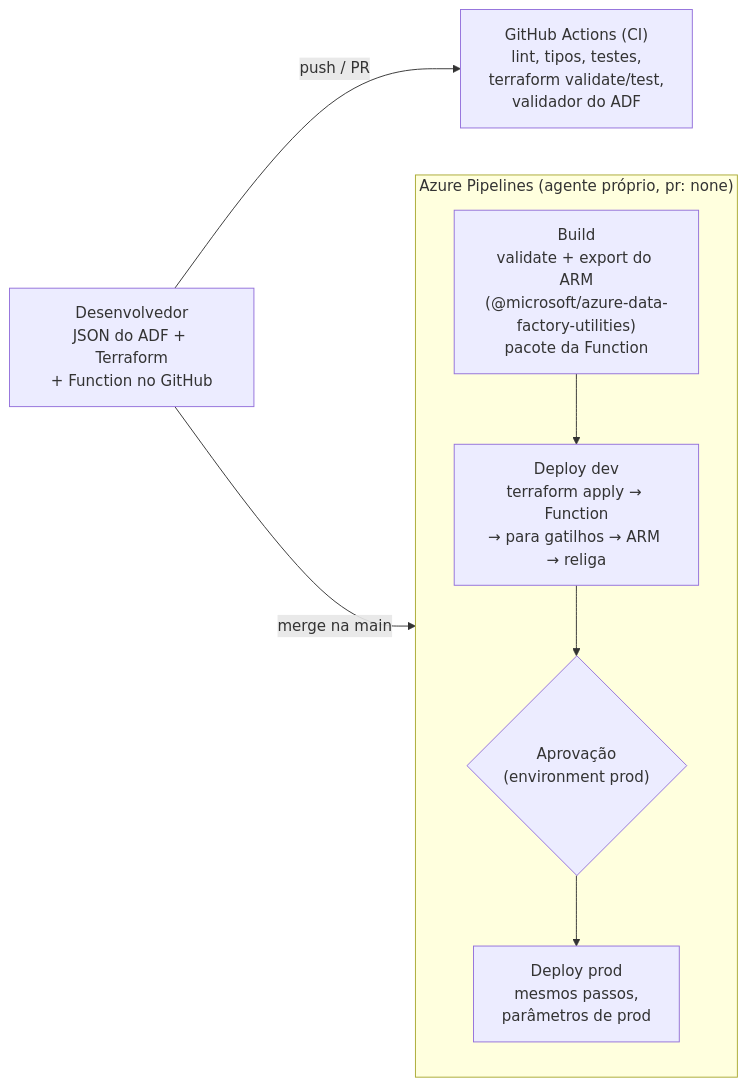
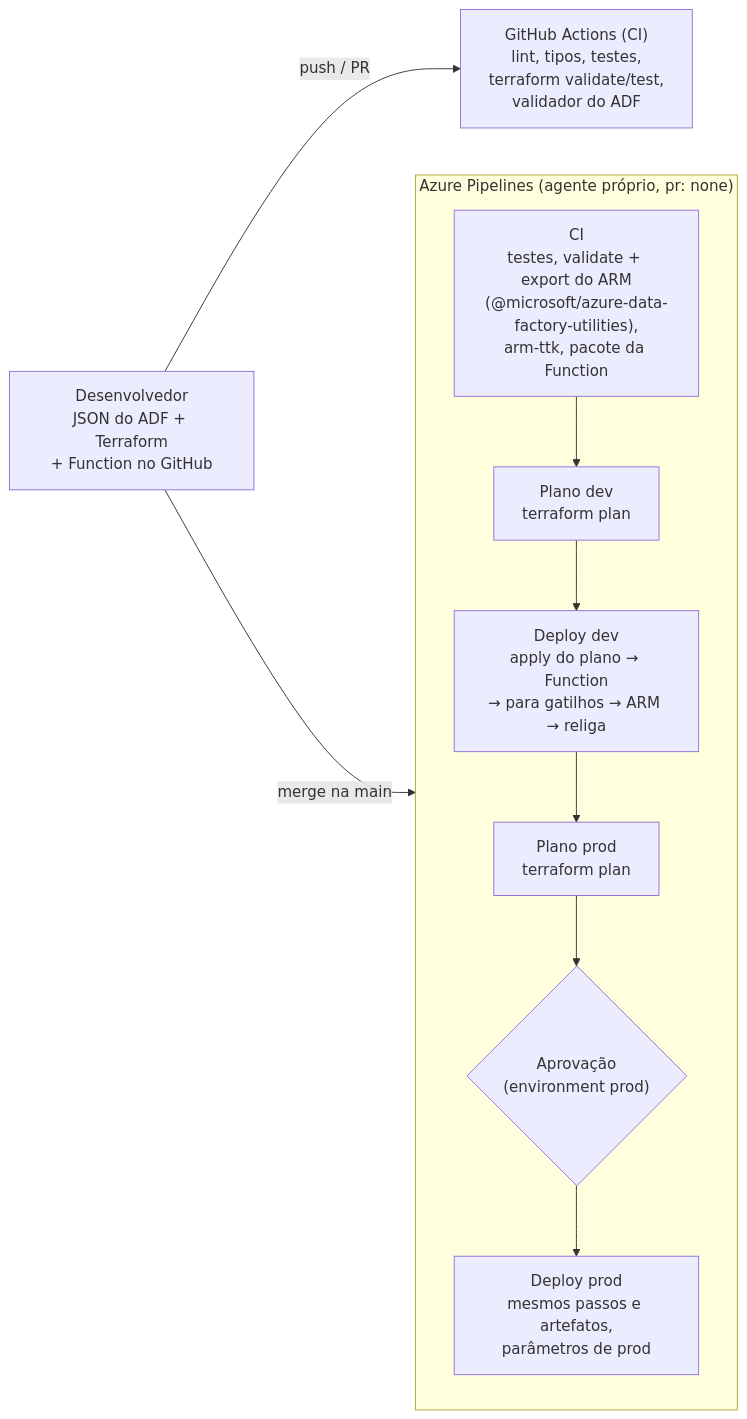
One commit to alanjoffre/cvm-azure-data-lake changed the third of 3 diagrams in docs/arquitetura.md. Above: the diagram before and after it, drawn with Mermaid. The commit also changed other lines of this file and 40 other files, not shown here.

First line of the commit message:
feat(ci): Azure Pipelines com plano e aprovação, GitHub Actions e runbook

````diff
--- a/docs/arquitetura.md
+++ b/docs/arquitetura.md
@@ -196,10 +197,12 @@
 ```mermaid
 flowchart LR
     DEV["Desenvolvedor<br/>JSON do ADF + Terraform<br/>+ Function no GitHub"] -- "push / PR" --> GHA["GitHub Actions (CI)<br/>lint, tipos, testes,<br/>terraform validate/test,<br/>validador do ADF"]
     DEV -- "merge na main" --> AZP
     subgraph AZP["Azure Pipelines (agente próprio, pr: none)"]
-        B1["Build<br/>validate + export do ARM<br/>(@microsoft/azure-data-factory-utilities)<br/>pacote da Function"] --> D1["Deploy dev<br/>terraform apply → Function<br/>→ para gatilhos → ARM → religa"]
-        D1 --> A{"Aprovação<br/>(environment prod)"}
-        A --> P1["Deploy prod<br/>mesmos passos,<br/>parâmetros de prod"]
+        B1["CI<br/>testes, validate + export do ARM<br/>(@microsoft/azure-data-factory-utilities),<br/>arm-ttk, pacote da Function"] --> PD["Plano dev<br/>terraform plan"]
+        PD --> D1["Deploy dev<br/>apply do plano → Function<br/>→ para gatilhos → ARM → religa"]
+        D1 --> PP["Plano prod<br/>terraform plan"]
+        PP --> A{"Aprovação<br/>(environment prod)"}
+        A --> P1["Deploy prod<br/>mesmos passos e artefatos,<br/>parâmetros de prod"]
     end
 ```
````
